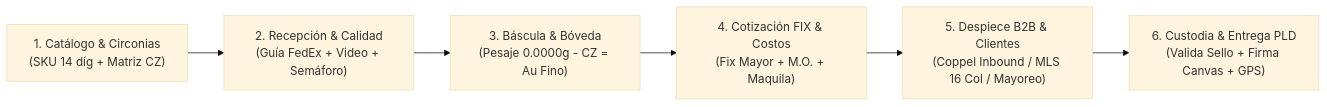
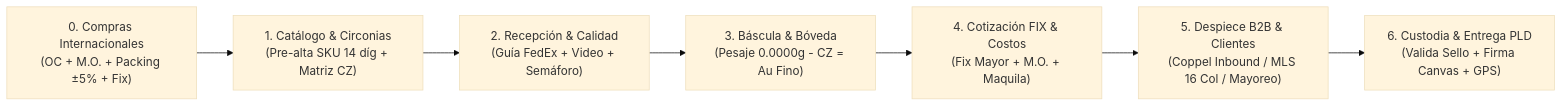
Before and after one commit to KikeGitHub/martela_app: the diagram in workspace/docs/MANUAL_OPERATIVO_6_MODULOS_DEMO.md, drawn with Mermaid (base theme). The commit also changed other lines of this file and 6 other files, not shown here.

Commit message:
feat(purchases): Fase 2 - UI Compras Internacionales, rol Karina Cruz, packing list ±5% y validacion E2E 12/12

````diff
--- a/workspace/docs/MANUAL_OPERATIVO_6_MODULOS_DEMO.md
+++ b/workspace/docs/MANUAL_OPERATIVO_6_MODULOS_DEMO.md
@@ -11,8 +11,9 @@
 ```mermaid
 flowchart LR
-    M1["1. Catálogo & Circonias<br/>(SKU 14 díg + Matriz CZ)"] --> M2["2. Recepción & Calidad<br/>(Guía FedEx + Video + Semáforo)"]
+    M0["0. Compras Internacionales<br/>(OC + M.O. + Packing ±5% + Fix)"] --> M1["1. Catálogo & Circonias<br/>(Pre-alta SKU 14 díg + Matriz CZ)"]
+    M1 --> M2["2. Recepción & Calidad<br/>(Guía FedEx + Video + Semáforo)"]
     M2 --> M3["3. Báscula & Bóveda<br/>(Pesaje 0.0000g - CZ = Au Fino)"]
     M3 --> M4["4. Cotización FIX & Costos<br/>(Fix Mayor + M.O. + Maquila)"]
     M4 --> M5["5. Despiece B2B & Clientes<br/>(Coppel Inbound / MLS 16 Col / Mayoreo)"]
     M5 --> M6["6. Custodia & Entrega PLD<br/>(Valida Sello + Firma Canvas + GPS)"]
 ```
````
